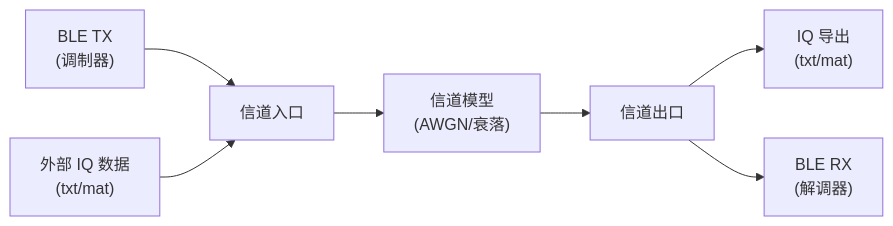
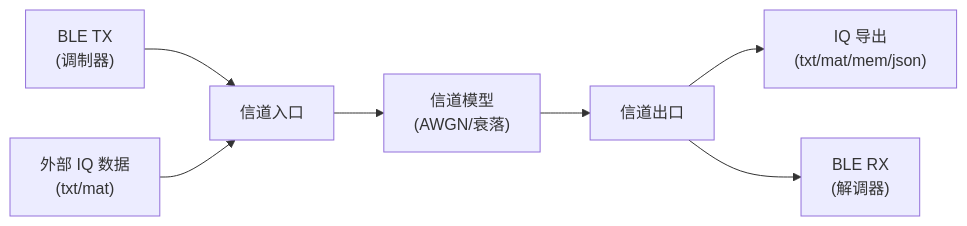
The diagram in README.md (xuesongjun/BLEStudio), drawn with Mermaid before and after one commit. The commit also changed other lines of this file and 123 other files, not shown here.

````diff
--- a/README.md
+++ b/README.md
@@ -21,17 +21,17 @@
 ```mermaid
 graph LR
     TX["BLE TX<br/>(调制器)"]
     IQ["外部 IQ 数据<br/>(txt/mat)"]
     IN["信道入口"]
     CH["信道模型<br/>(AWGN/衰落)"]
     OUT["信道出口"]
-    IQOUT["IQ 导出<br/>(txt/mat)"]
+    IQOUT["IQ 导出<br/>(txt/mat/mem/json)"]
     RX["BLE RX<br/>(解调器)"]
 
     TX --> IN
     IQ --> IN
     IN --> CH
     CH --> OUT
     OUT --> IQOUT
     OUT --> RX
 ```
````
